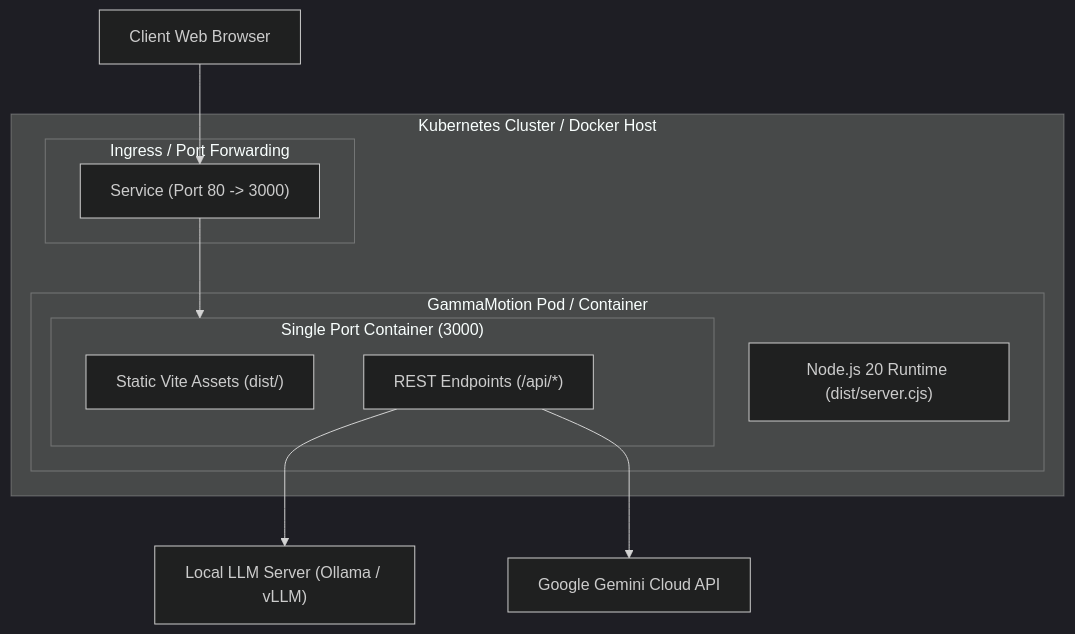
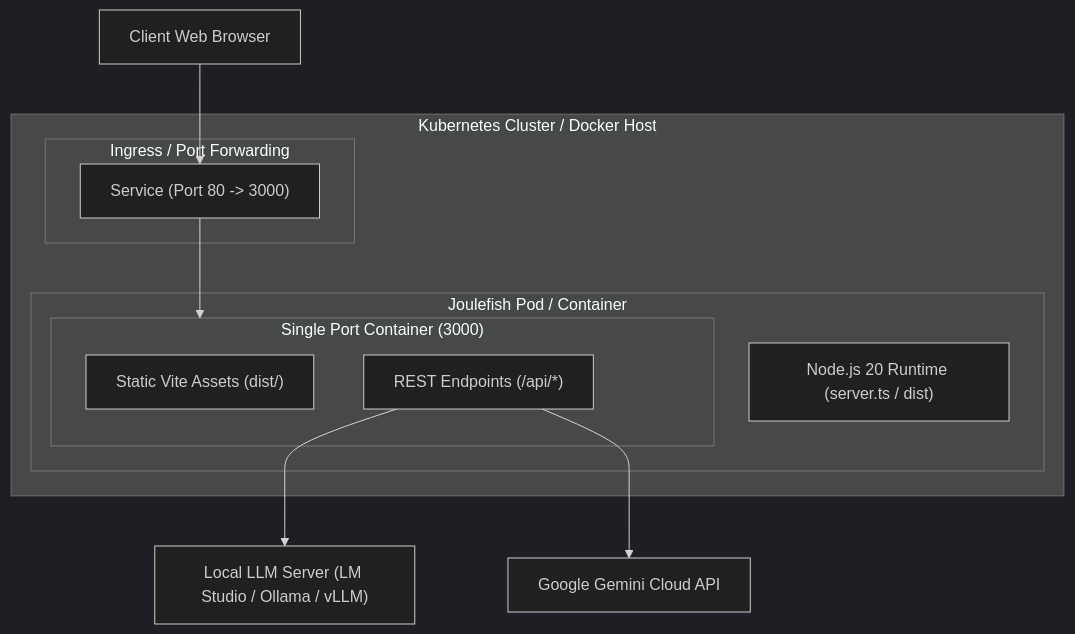
The diagram in architecture/deploymentAndInfrastructure.mmd (jd-rk9/Joulefish-Severless), drawn with Mermaid (dark theme) before and after one commit. The commit also changed 17 other files, not shown here.

Commit message:
architecture description

```diff
--- a/architecture/deploymentAndInfrastructure.mmd
+++ b/architecture/deploymentAndInfrastructure.mmd
@@ -1,20 +1,20 @@
 graph TD
     subgraph K8s_Cluster["Kubernetes Cluster / Docker Host"]
         subgraph Ingress_Layer["Ingress / Port Forwarding"]
             Service["Service (Port 80 -> 3000)"]
         end
         
-        subgraph Pod["GammaMotion Pod / Container"]
-            NodeRuntime["Node.js 20 Runtime (dist/server.cjs)"]
+        subgraph Pod["Joulefish Pod / Container"]
+            NodeRuntime["Node.js 20 Runtime (server.ts / dist)"]
             
             subgraph Express_App["Single Port Container (3000)"]
                 StaticFiles["Static Vite Assets (dist/)"]
                 API_Routes["REST Endpoints (/api/*)"]
             end
         end
     end
 
     ClientBrowser["Client Web Browser"] --> Service
     Service --> Express_App
-    API_Routes --> LocalLLM["Local LLM Server (Ollama / vLLM)"]
+    API_Routes --> LocalLLM["Local LLM Server (LM Studio / Ollama / vLLM)"]
     API_Routes --> CloudLLM["Google Gemini Cloud API"]
```
